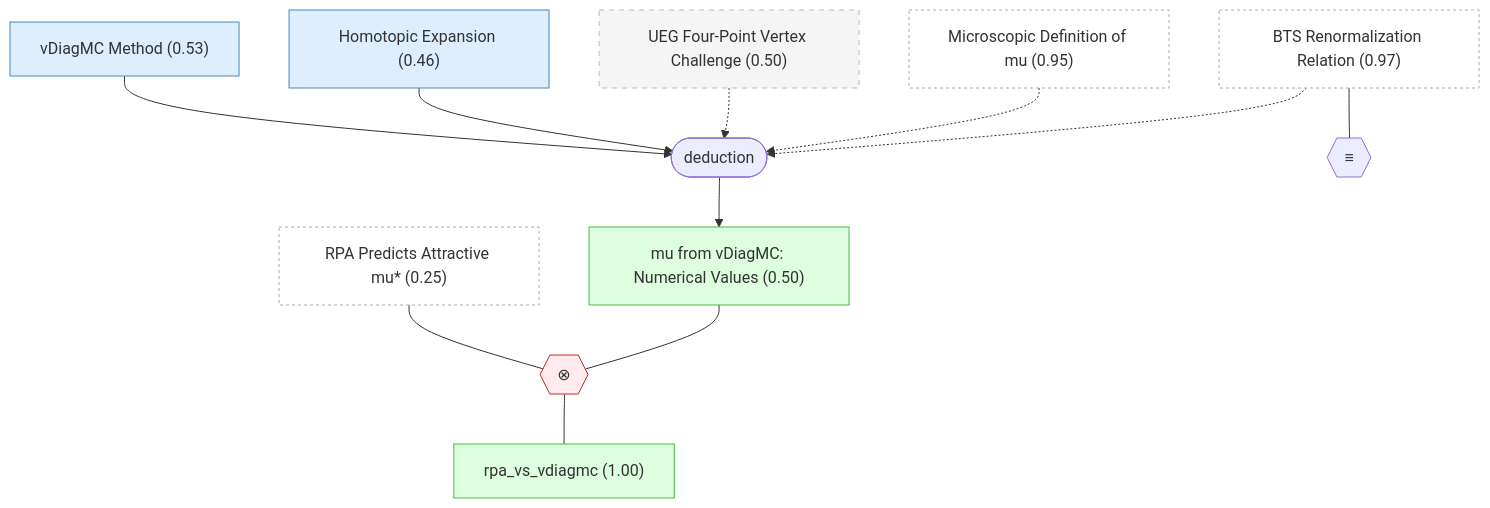
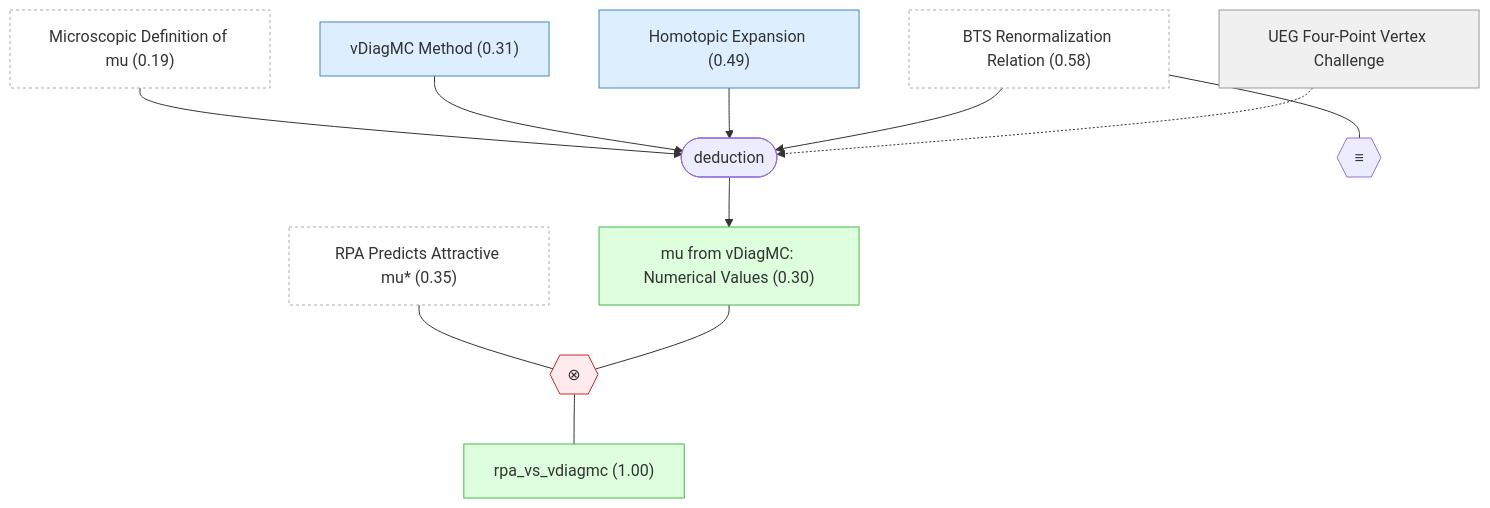
One commit to kunyuan/SuperconductivityElectronLiquids.gaia changed the fourth of 6 diagrams in docs/detailed-reasoning.md. Above: the diagram before and after it, drawn with Mermaid. The commit also changed other lines of this file and 21 other files, not shown here.

````diff
--- a/docs/detailed-reasoning.md
+++ b/docs/detailed-reasoning.md
@@ -516,34 +521,34 @@
 ```mermaid
 graph TD
-    bts_renormalization["BTS Renormalization Relation (0.97)"]:::external
-    rpa_predicts_attractive_mu["RPA Predicts Attractive mu#ast; (0.25)"]:::external
-    mu_microscopic_definition["Microscopic Definition of mu (0.95)"]:::external
-    ueg_vertex_challenge["UEG Four-Point Vertex Challenge (0.50)"]:::background
-    vdiagmc_method["vDiagMC Method (0.53)"]:::premise
-    homotopic_expansion["Homotopic Expansion (0.46)"]:::premise
-    mu_vdiagmc_values["mu from vDiagMC: Numerical Values (0.50)"]:::derived
+    bts_renormalization["BTS Renormalization Relation (0.58)"]:::external
+    rpa_predicts_attractive_mu["RPA Predicts Attractive mu#ast; (0.35)"]:::external
+    mu_microscopic_definition["Microscopic Definition of mu (0.19)"]:::external
+    ueg_vertex_challenge["UEG Four-Point Vertex Challenge"]:::note
+    vdiagmc_method["vDiagMC Method (0.31)"]:::premise
+    homotopic_expansion["Homotopic Expansion (0.49)"]:::premise
+    mu_vdiagmc_values["mu from vDiagMC: Numerical Values (0.30)"]:::derived
     rpa_vs_vdiagmc["rpa_vs_vdiagmc (1.00)"]:::derived
-    strat_12(["deduction"])
-    vdiagmc_method --> strat_12
-    homotopic_expansion --> strat_12
-    ueg_vertex_challenge -.-> strat_12
-    mu_microscopic_definition -.-> strat_12
-    bts_renormalization -.-> strat_12
-    strat_12 --> mu_vdiagmc_values
+    strat_14(["deduction"])
+    mu_microscopic_definition --> strat_14
+    vdiagmc_method --> strat_14
+    homotopic_expansion --> strat_14
+    bts_renormalization --> strat_14
+    ueg_vertex_challenge -.-> strat_14
+    strat_14 --> mu_vdiagmc_values
     oper_2{{"≡"}}
     bts_renormalization --- oper_2
     oper_3{{"⊗"}}:::contra
     rpa_predicts_attractive_mu --- oper_3
     mu_vdiagmc_values --- oper_3
     oper_3 --- rpa_vs_vdiagmc
 
     classDef note fill:#f0f0f0,stroke:#999,color:#333
     classDef premise fill:#ddeeff,stroke:#4488bb,color:#333
     classDef derived fill:#ddffdd,stroke:#44bb44,color:#333
     classDef question fill:#fff3dd,stroke:#cc9944,color:#333
     classDef background fill:#f5f5f5,stroke:#bbb,stroke-dasharray: 5 5,color:#333
     classDef orphan fill:#fff,stroke:#ccc,stroke-dasharray: 5 5,color:#333
     classDef external fill:#fff,stroke:#aaa,stroke-dasharray: 3 3,color:#333
     classDef weak fill:#fff9c4,stroke:#f9a825,stroke-dasharray: 5 5,color:#333
     classDef contra fill:#ffebee,stroke:#c62828,color:#333
 ```
````
